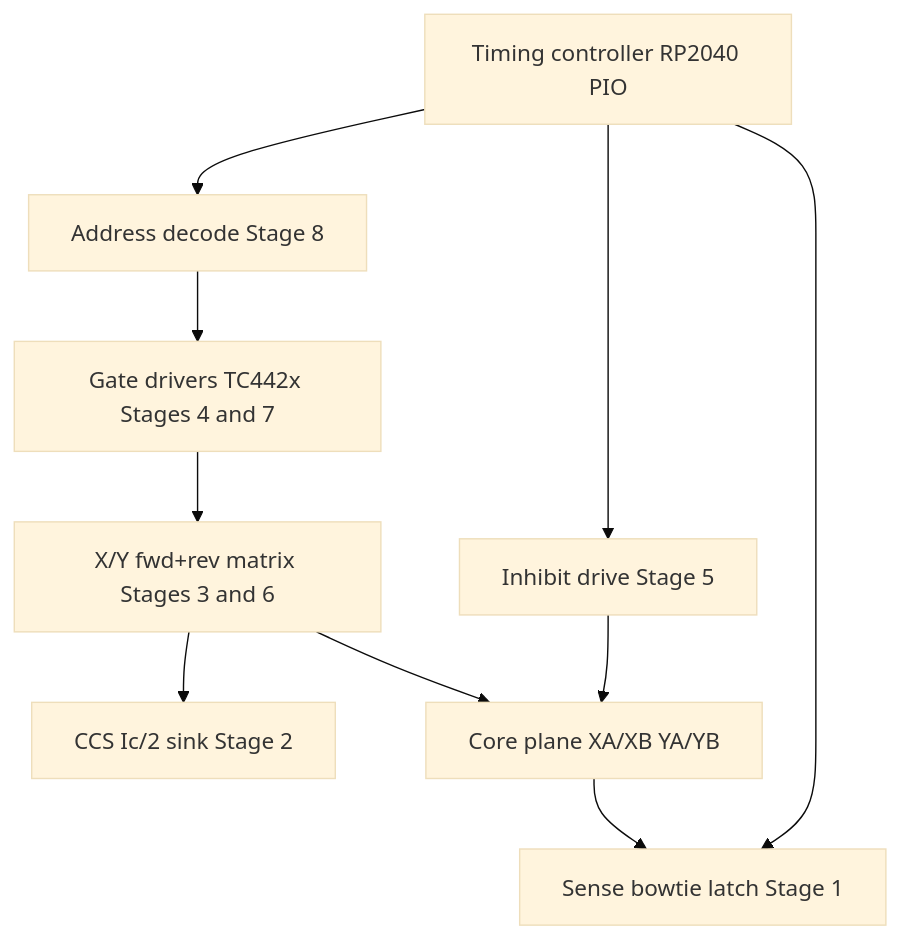
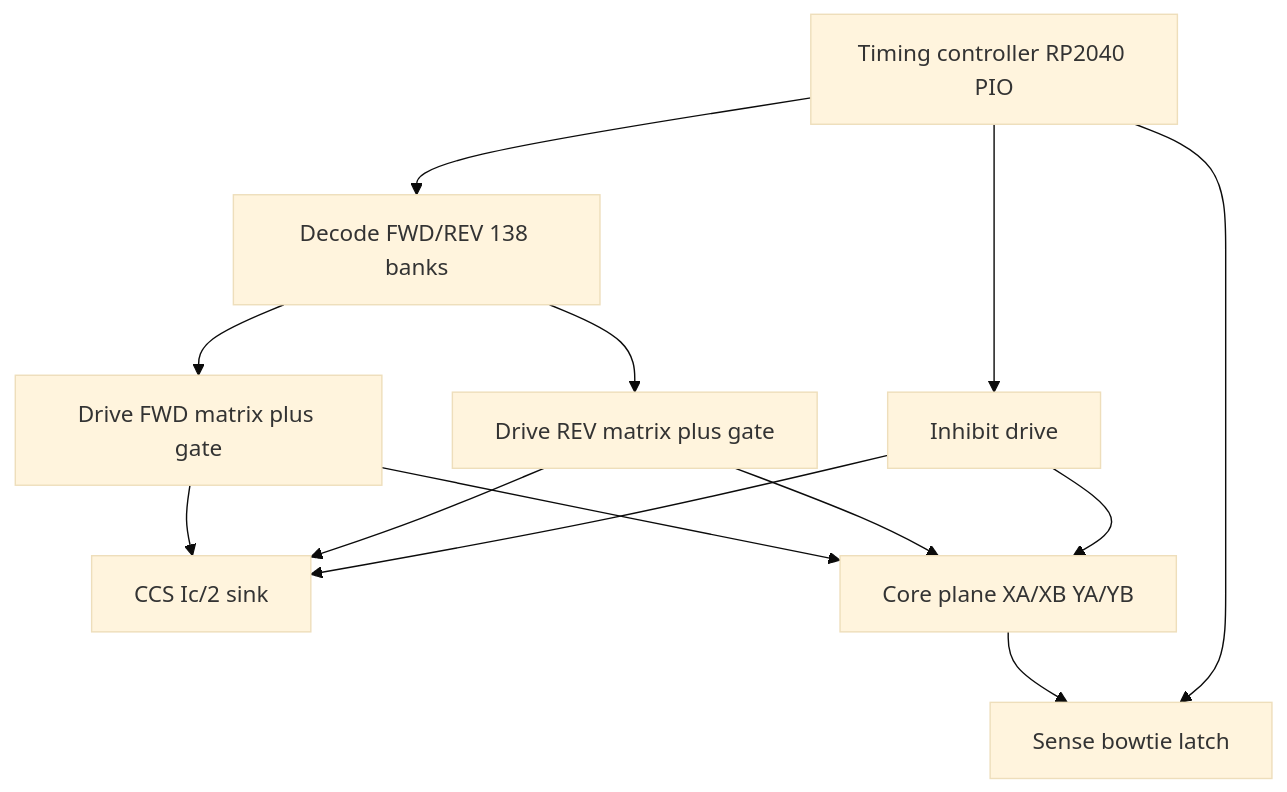
One commit to fractalclockwork/core-memory changed the diagram in docs/regions.md. Above: the diagram before and after it, drawn with Mermaid (base theme). The commit also changed other lines of this file and 16 other files, not shown here.

Commit message:
logical schematic blocks reorg

````diff
--- a/docs/regions.md
+++ b/docs/regions.md
@@ -7,21 +7,24 @@
 ```mermaid
 flowchart TB
   PIO[Timing controller RP2040 PIO]
-  Decode[Address decode Stage 8]
-  Gate[Gate drivers TC442x Stages 4 and 7]
-  Matrix[X/Y fwd+rev matrix Stages 3 and 6]
-  CCS[CCS Ic/2 sink Stage 2]
-  Sense[Sense bowtie latch Stage 1]
-  Inhibit[Inhibit drive Stage 5]
+  Decode[Decode FWD/REV 138 banks]
+  DriveFwd[Drive FWD matrix plus gate]
+  DriveRev[Drive REV matrix plus gate]
+  CCS[CCS Ic/2 sink]
+  Sense[Sense bowtie latch]
+  Inhibit[Inhibit drive]
   Plane[Core plane XA/XB YA/YB]
 
   PIO --> Decode
-  Decode --> Gate
-  Gate --> Matrix
-  Matrix --> Plane
-  Matrix --> CCS
+  Decode --> DriveFwd
+  Decode --> DriveRev
+  DriveFwd --> Plane
+  DriveRev --> Plane
+  DriveFwd --> CCS
+  DriveRev --> CCS
   Plane --> Sense
   PIO --> Sense
   PIO --> Inhibit
   Inhibit --> Plane
+  Inhibit --> CCS
 ```
````
